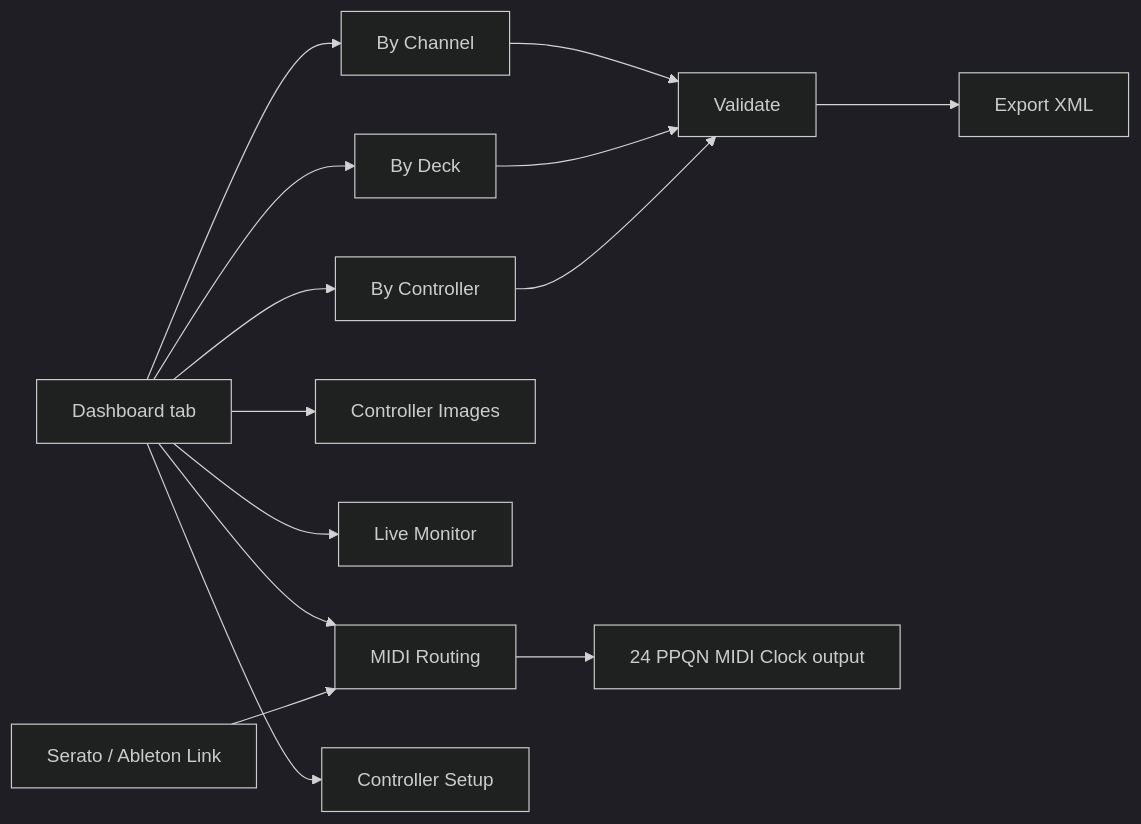
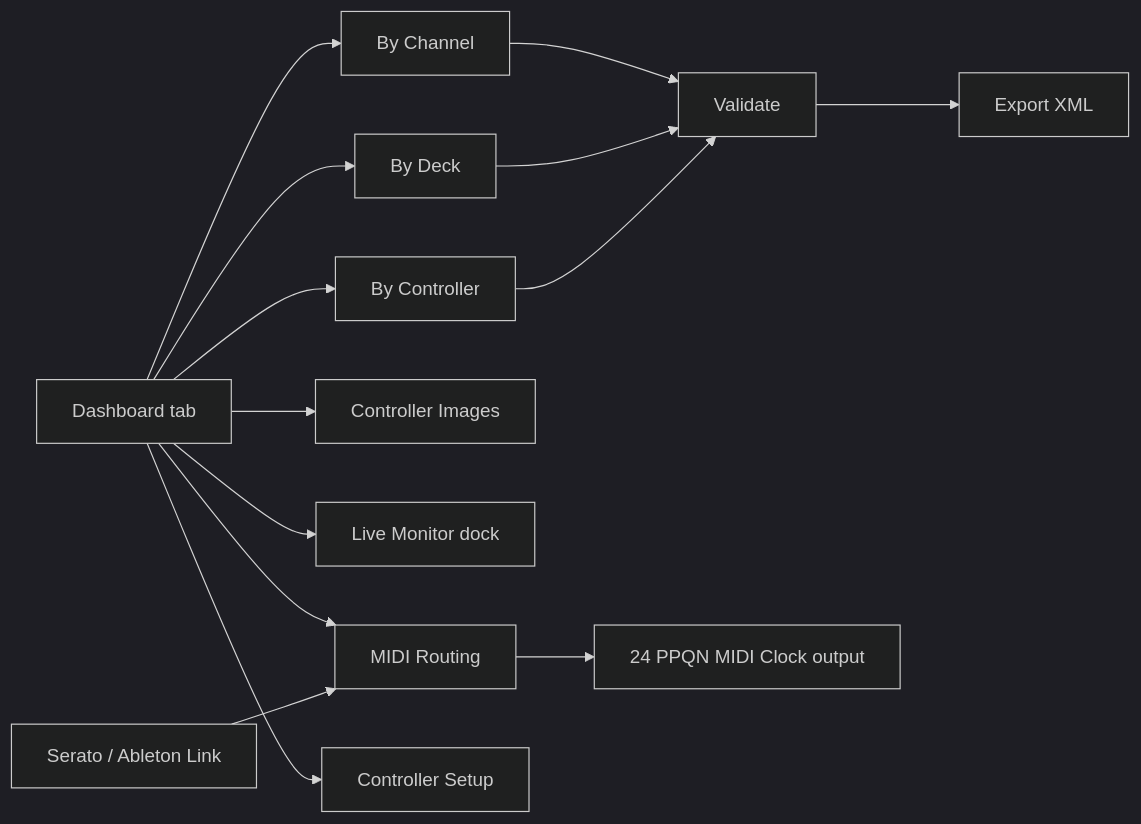
One commit to guillain/DJ-MIDI-Studio changed the diagram in README.md. Above: the diagram before and after it, drawn with Mermaid (dark theme). The commit also changed 10 other files, not shown here.

````diff
--- a/README.md
+++ b/README.md
@@ -42,16 +42,16 @@
 ```mermaid
 flowchart LR
     Intro[Dashboard tab] --> Channel[By Channel]
 	Intro --> Deck[By Deck]
 	Intro --> Controller[By Controller]
 	Intro --> Images[Controller Images]
-	Intro --> Monitor[Live Monitor]
-	Intro --> Routing[MIDI Routing]
+	Intro --> Monitor[Live Monitor dock]
+	Intro --> Routing[MIDI Routing dock]
 	Intro --> Setup[Controller Setup]
 	Channel --> Validate[Validate]
 	Deck --> Validate
 	Controller --> Validate
 	Validate --> Export[Export XML]
 	Link[Serato / Ableton Link] --> Routing[MIDI Routing]
 	Routing --> Clock[24 PPQN MIDI Clock output]
 ```
````
